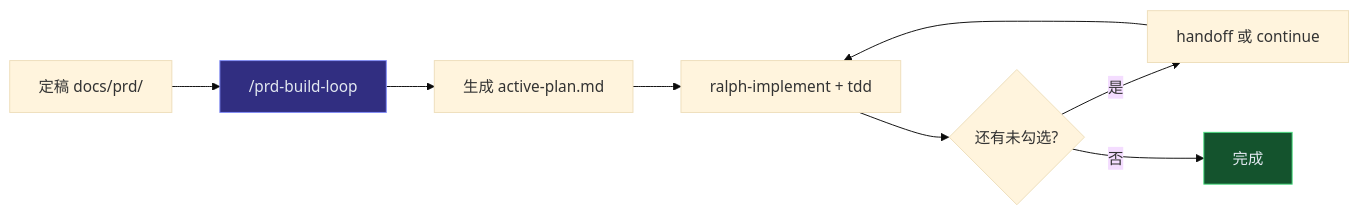
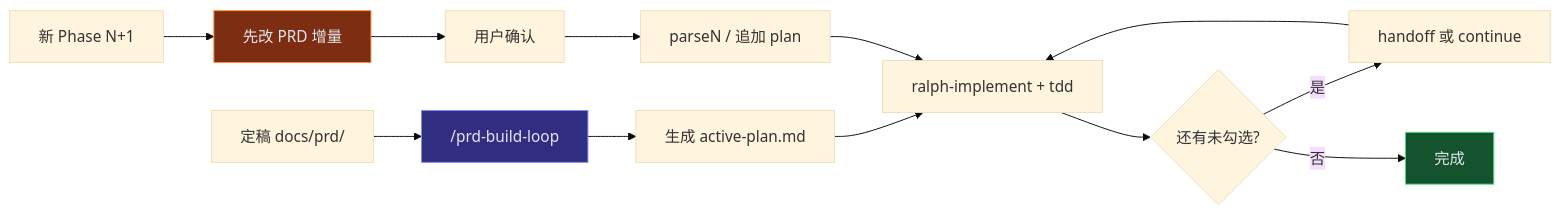
One commit to ballmaK/operon changed the diagram in docs/SKILLS.md. Above: the diagram before and after it, drawn with Mermaid (base theme). The commit also changed 14 other files, not shown here.

First line of the commit message:
docs: sync PRD with Phase 5 and require PRD before new phases

````diff
--- a/docs/SKILLS.md
+++ b/docs/SKILLS.md
@@ -47,13 +47,19 @@
 ```mermaid
 flowchart LR
     A[定稿 docs/prd/] --> B["/prd-build-loop"]
     B --> C[生成 active-plan.md]
     C --> D[ralph-implement + tdd]
     D --> E{还有未勾选?}
     E -->|是| F[handoff 或 continue]
     F --> D
     E -->|否| G[完成]
 
+    H[新 Phase N+1] --> I[先改 PRD 增量]
+    I --> J[用户确认]
+    J --> K[parseN / 追加 plan]
+    K --> D
+
     style B fill:#312e81,stroke:#818cf8,color:#e2e8f0
     style G fill:#14532d,stroke:#4ade80,color:#e2e8f0
+    style I fill:#7c2d12,stroke:#fb923c,color:#e2e8f0
 ```
````
